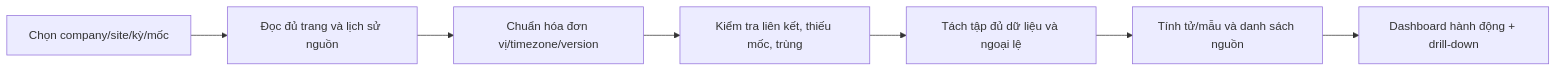
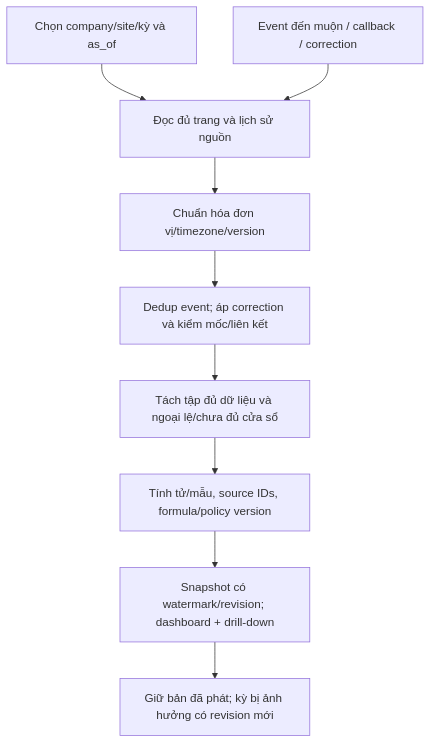
Before and after one commit to Baronger23/ERP.SmartHelpDesk: the diagram in docs/design/modules/m08_bao_cao_va_kpi.md, drawn with Mermaid. The commit also changed 70 other files, not shown here.

````diff
--- a/docs/design/modules/m08_bao_cao_va_kpi.md
+++ b/docs/design/modules/m08_bao_cao_va_kpi.md
@@ -49,9 +49,11 @@
 ```mermaid
-flowchart LR
-    A["Chọn company/site/kỳ/mốc"] --> B["Đọc đủ trang và lịch sử nguồn"]
+flowchart TD
+    A["Chọn company/site/kỳ và as_of"] --> B["Đọc đủ trang và lịch sử nguồn"]
     B --> C["Chuẩn hóa đơn vị/timezone/version"]
-    C --> D["Kiểm tra liên kết, thiếu mốc, trùng"]
-    D --> E["Tách tập đủ dữ liệu và ngoại lệ"]
-    E --> F["Tính tử/mẫu và danh sách nguồn"]
-    F --> G["Dashboard hành động + drill-down"]
+    C --> D["Dedup event; áp correction và kiểm mốc/liên kết"]
+    D --> E["Tách tập đủ dữ liệu và ngoại lệ/chưa đủ cửa sổ"]
+    E --> F["Tính tử/mẫu, source IDs, formula/policy version"]
+    F --> G["Snapshot có watermark/revision; dashboard + drill-down"]
+    L["Event đến muộn / callback / correction"] --> B
+    G --> N["Giữ bản đã phát; kỳ bị ảnh hưởng có revision mới"]
 ```
````
